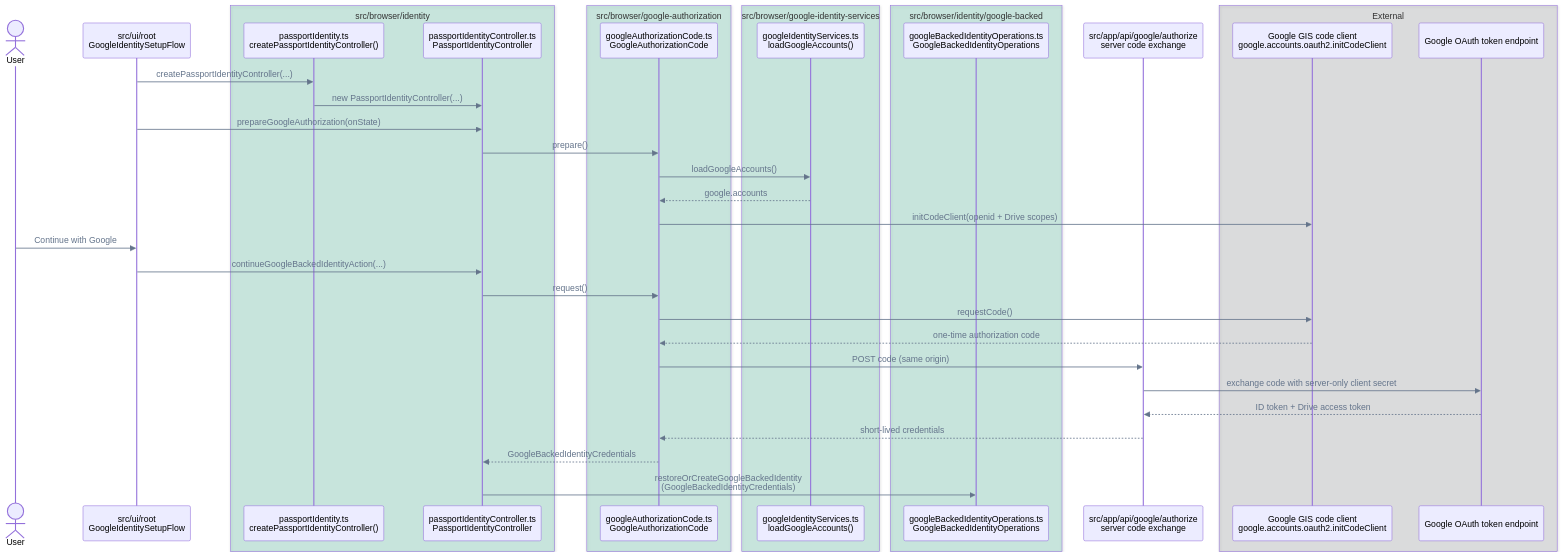
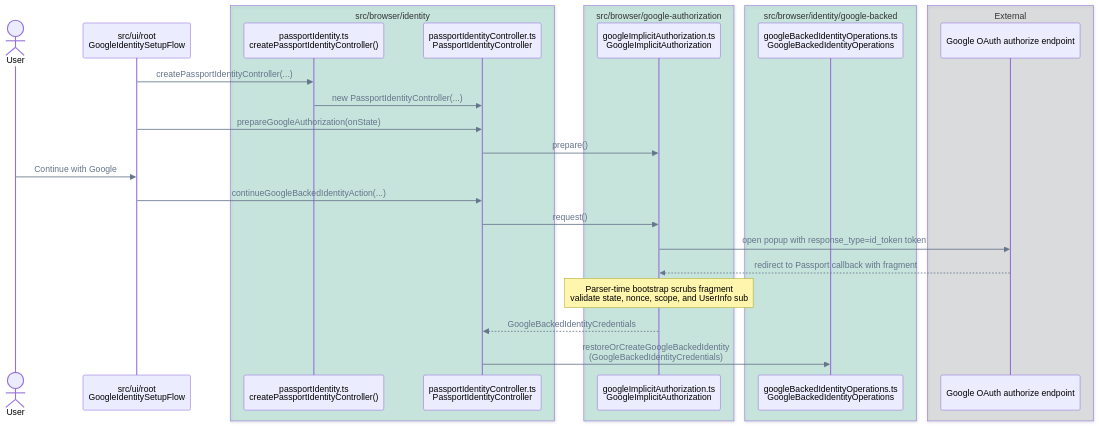
One commit to pubky/pubky-passport changed the seventh of 14 diagrams in FLOWS.md. Above: the diagram before and after it, drawn with Mermaid. The commit also changed other lines of this file and 31 other files, not shown here.

Commit message:
feat: use single-popup Google OAuth for MVP

````diff
--- a/FLOWS.md
+++ b/FLOWS.md
@@ -311,45 +311,34 @@
 ```mermaid
 %%{init: {"themeVariables": {"signalColor": "#64748B", "signalTextColor": "#64748B"}}}%%
 sequenceDiagram
-    accTitle: Single Google authorization-code call flow
-    accDescr: One user click requests identity and Drive scopes; the server exchanges the one-time code while credentials remain outside React state.
+    accTitle: Single Google implicit popup call flow
+    accDescr: One user click requests identity and Drive scopes; the callback fragment is scrubbed during HTML parsing and credentials remain browser-only.
     actor User
     participant UI as src/ui/root<br/>GoogleIdentitySetupFlow
     box rgba(0, 158, 115, 0.18) src/browser/identity
         participant Factory as passportIdentity.ts<br/>createPassportIdentityController()
         participant Controller as passportIdentityController.ts<br/>PassportIdentityController
     end
     box rgba(0, 158, 115, 0.18) src/browser/google-authorization
-        participant Authorization as googleAuthorizationCode.ts<br/>GoogleAuthorizationCode
-    end
-    box rgba(0, 158, 115, 0.18) src/browser/google-identity-services
-        participant GISLoader as googleIdentityServices.ts<br/>loadGoogleAccounts()
+        participant Authorization as googleImplicitAuthorization.ts<br/>GoogleImplicitAuthorization
     end
     box rgba(0, 158, 115, 0.18) src/browser/identity/google-backed
         participant Operations as googleBackedIdentityOperations.ts<br/>GoogleBackedIdentityOperations
     end
-    participant Exchange as src/app/api/google/authorize<br/>server code exchange
     box rgba(17, 24, 39, 0.12) External
-        participant OAuth as Google GIS code client<br/>google.accounts.oauth2.initCodeClient
-        participant Token as Google OAuth token endpoint
+        participant OAuth as Google OAuth authorize endpoint
     end
 
     UI->>Factory: createPassportIdentityController(...)
     Factory->>Controller: new PassportIdentityController(...)
     UI->>Controller: prepareGoogleAuthorization(onState)
     Controller->>Authorization: prepare()
-    Authorization->>GISLoader: loadGoogleAccounts()
-    GISLoader-->>Authorization: google.accounts
-    Authorization->>OAuth: initCodeClient(openid + Drive scopes)
     User->>UI: Continue with Google
     UI->>Controller: continueGoogleBackedIdentityAction(...)
     Controller->>Authorization: request()
-    Authorization->>OAuth: requestCode()
-    OAuth-->>Authorization: one-time authorization code
-    Authorization->>Exchange: POST code (same origin)
-    Exchange->>Token: exchange code with server-only client secret
-    Token-->>Exchange: ID token + Drive access token
-    Exchange-->>Authorization: short-lived credentials
+    Authorization->>OAuth: open popup with response_type=id_token token
+    OAuth-->>Authorization: redirect to Passport callback with fragment
+    Note over Authorization: Parser-time bootstrap scrubs fragment<br/>validate state, nonce, scope, and UserInfo sub
     Authorization-->>Controller: GoogleBackedIdentityCredentials
     Controller->>Operations: restoreOrCreateGoogleBackedIdentity<br/>(GoogleBackedIdentityCredentials)
 ```
````
